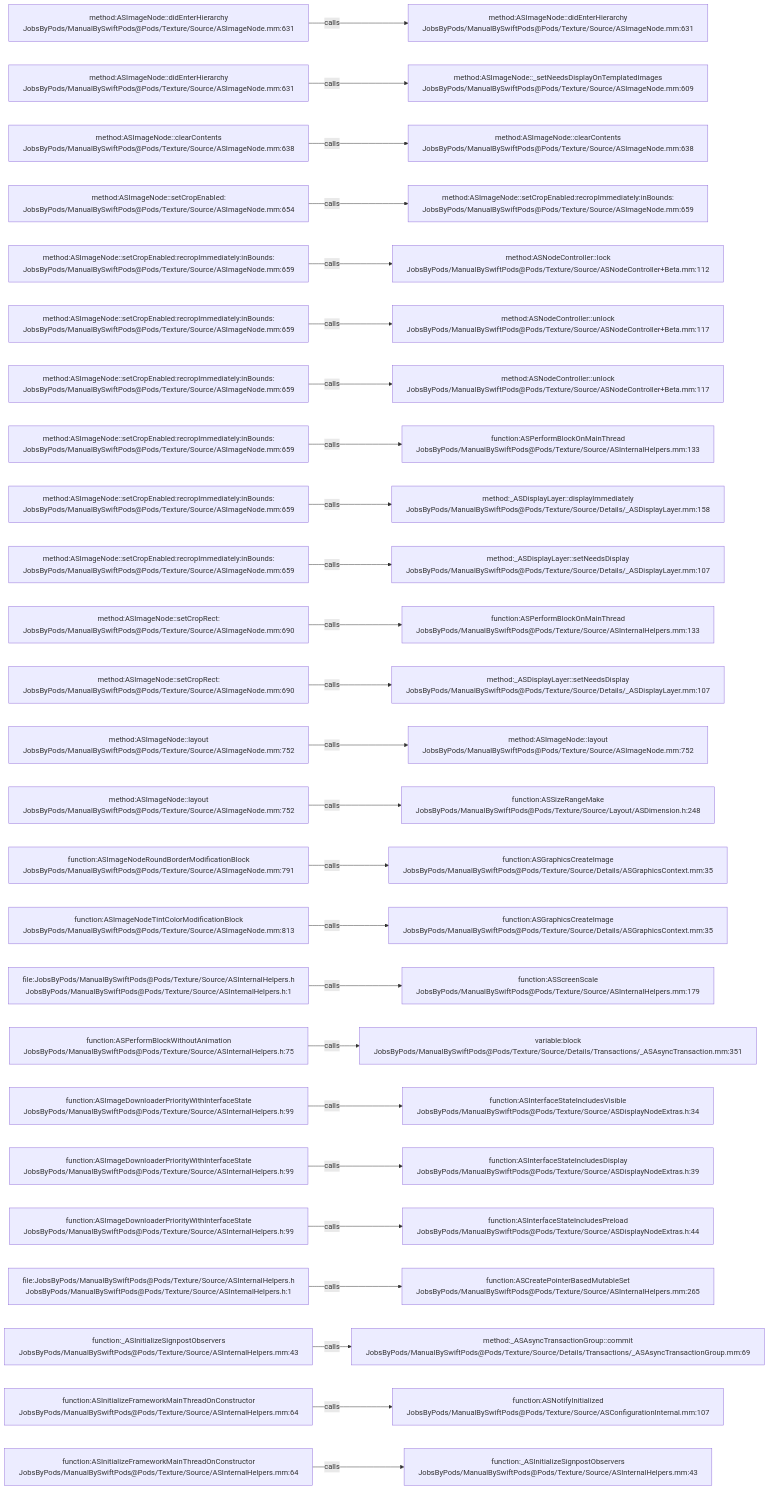
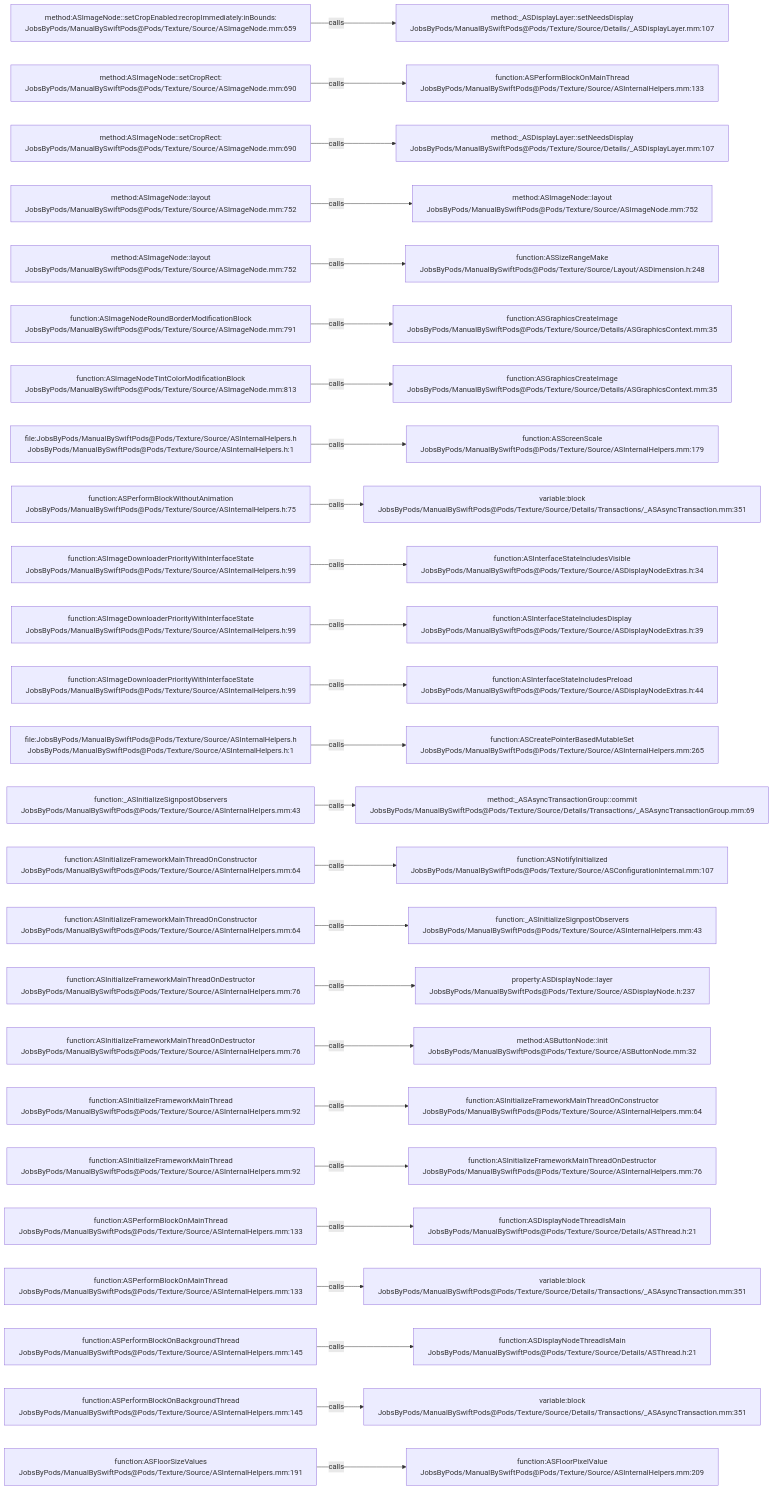
One commit to JobsKits/JobsSwiftBaseConfigDemo changed the diagram in .codegraph/codegraph.md/graphs/calls-043.md. Above: the diagram before and after it, drawn with Mermaid. The commit also changed 707 other files, not shown here.

````diff
--- a/.codegraph/codegraph.md/graphs/calls-043.md
+++ b/.codegraph/codegraph.md/graphs/calls-043.md
@@ -13,78 +13,78 @@
 ```mermaid
 flowchart LR
-  S1["method:ASImageNode::didEnterHierarchy<br/>JobsByPods/ManualBySwiftPods@Pods/Texture/Source/ASImageNode.mm:631"]
-  T1["method:ASImageNode::didEnterHierarchy<br/>JobsByPods/ManualBySwiftPods@Pods/Texture/Source/ASImageNode.mm:631"]
+  S1["method:ASImageNode::setCropEnabled:recropImmediately:inBounds:<br/>JobsByPods/ManualBySwiftPods@Pods/Texture/Source/ASImageNode.mm:659"]
+  T1["method:_ASDisplayLayer::setNeedsDisplay<br/>JobsByPods/ManualBySwiftPods@Pods/Texture/Source/Details/_ASDisplayLayer.mm:107"]
   S1 -->|calls| T1
-  S2["method:ASImageNode::didEnterHierarchy<br/>JobsByPods/ManualBySwiftPods@Pods/Texture/Source/ASImageNode.mm:631"]
-  T2["method:ASImageNode::_setNeedsDisplayOnTemplatedImages<br/>JobsByPods/ManualBySwiftPods@Pods/Texture/Source/ASImageNode.mm:609"]
+  S2["method:ASImageNode::setCropRect:<br/>JobsByPods/ManualBySwiftPods@Pods/Texture/Source/ASImageNode.mm:690"]
+  T2["function:ASPerformBlockOnMainThread<br/>JobsByPods/ManualBySwiftPods@Pods/Texture/Source/ASInternalHelpers.mm:133"]
   S2 -->|calls| T2
-  S3["method:ASImageNode::clearContents<br/>JobsByPods/ManualBySwiftPods@Pods/Texture/Source/ASImageNode.mm:638"]
-  T3["method:ASImageNode::clearContents<br/>JobsByPods/ManualBySwiftPods@Pods/Texture/Source/ASImageNode.mm:638"]
+  S3["method:ASImageNode::setCropRect:<br/>JobsByPods/ManualBySwiftPods@Pods/Texture/Source/ASImageNode.mm:690"]
+  T3["method:_ASDisplayLayer::setNeedsDisplay<br/>JobsByPods/ManualBySwiftPods@Pods/Texture/Source/Details/_ASDisplayLayer.mm:107"]
   S3 -->|calls| T3
-  S4["method:ASImageNode::setCropEnabled:<br/>JobsByPods/ManualBySwiftPods@Pods/Texture/Source/ASImageNode.mm:654"]
-  T4["method:ASImageNode::setCropEnabled:recropImmediately:inBounds:<br/>JobsByPods/ManualBySwiftPods@Pods/Texture/Source/ASImageNode.mm:659"]
+  S4["method:ASImageNode::layout<br/>JobsByPods/ManualBySwiftPods@Pods/Texture/Source/ASImageNode.mm:752"]
+  T4["method:ASImageNode::layout<br/>JobsByPods/ManualBySwiftPods@Pods/Texture/Source/ASImageNode.mm:752"]
   S4 -->|calls| T4
-  S5["method:ASImageNode::setCropEnabled:recropImmediately:inBounds:<br/>JobsByPods/ManualBySwiftPods@Pods/Texture/Source/ASImageNode.mm:659"]
-  T5["method:ASNodeController::lock<br/>JobsByPods/ManualBySwiftPods@Pods/Texture/Source/ASNodeController+Beta.mm:112"]
+  S5["method:ASImageNode::layout<br/>JobsByPods/ManualBySwiftPods@Pods/Texture/Source/ASImageNode.mm:752"]
+  T5["function:ASSizeRangeMake<br/>JobsByPods/ManualBySwiftPods@Pods/Texture/Source/Layout/ASDimension.h:248"]
   S5 -->|calls| T5
-  S6["method:ASImageNode::setCropEnabled:recropImmediately:inBounds:<br/>JobsByPods/ManualBySwiftPods@Pods/Texture/Source/ASImageNode.mm:659"]
-  T6["method:ASNodeController::unlock<br/>JobsByPods/ManualBySwiftPods@Pods/Texture/Source/ASNodeController+Beta.mm:117"]
+  S6["function:ASImageNodeRoundBorderModificationBlock<br/>JobsByPods/ManualBySwiftPods@Pods/Texture/Source/ASImageNode.mm:791"]
+  T6["function:ASGraphicsCreateImage<br/>JobsByPods/ManualBySwiftPods@Pods/Texture/Source/Details/ASGraphicsContext.mm:35"]
   S6 -->|calls| T6
-  S7["method:ASImageNode::setCropEnabled:recropImmediately:inBounds:<br/>JobsByPods/ManualBySwiftPods@Pods/Texture/Source/ASImageNode.mm:659"]
-  T7["method:ASNodeController::unlock<br/>JobsByPods/ManualBySwiftPods@Pods/Texture/Source/ASNodeController+Beta.mm:117"]
+  S7["function:ASImageNodeTintColorModificationBlock<br/>JobsByPods/ManualBySwiftPods@Pods/Texture/Source/ASImageNode.mm:813"]
+  T7["function:ASGraphicsCreateImage<br/>JobsByPods/ManualBySwiftPods@Pods/Texture/Source/Details/ASGraphicsContext.mm:35"]
   S7 -->|calls| T7
-  S8["method:ASImageNode::setCropEnabled:recropImmediately:inBounds:<br/>JobsByPods/ManualBySwiftPods@Pods/Texture/Source/ASImageNode.mm:659"]
-  T8["function:ASPerformBlockOnMainThread<br/>JobsByPods/ManualBySwiftPods@Pods/Texture/Source/ASInternalHelpers.mm:133"]
+  S8["file:JobsByPods/ManualBySwiftPods@Pods/Texture/Source/ASInternalHelpers.h<br/>JobsByPods/ManualBySwiftPods@Pods/Texture/Source/ASInternalHelpers.h:1"]
+  T8["function:ASScreenScale<br/>JobsByPods/ManualBySwiftPods@Pods/Texture/Source/ASInternalHelpers.mm:179"]
   S8 -->|calls| T8
-  S9["method:ASImageNode::setCropEnabled:recropImmediately:inBounds:<br/>JobsByPods/ManualBySwiftPods@Pods/Texture/Source/ASImageNode.mm:659"]
-  T9["method:_ASDisplayLayer::displayImmediately<br/>JobsByPods/ManualBySwiftPods@Pods/Texture/Source/Details/_ASDisplayLayer.mm:158"]
+  S9["function:ASPerformBlockWithoutAnimation<br/>JobsByPods/ManualBySwiftPods@Pods/Texture/Source/ASInternalHelpers.h:75"]
+  T9["variable:block<br/>JobsByPods/ManualBySwiftPods@Pods/Texture/Source/Details/Transactions/_ASAsyncTransaction.mm:351"]
   S9 -->|calls| T9
-  S10["method:ASImageNode::setCropEnabled:recropImmediately:inBounds:<br/>JobsByPods/ManualBySwiftPods@Pods/Texture/Source/ASImageNode.mm:659"]
-  T10["method:_ASDisplayLayer::setNeedsDisplay<br/>JobsByPods/ManualBySwiftPods@Pods/Texture/Source/Details/_ASDisplayLayer.mm:107"]
+  S10["function:ASImageDownloaderPriorityWithInterfaceState<br/>JobsByPods/ManualBySwiftPods@Pods/Texture/Source/ASInternalHelpers.h:99"]
+  T10["function:ASInterfaceStateIncludesVisible<br/>JobsByPods/ManualBySwiftPods@Pods/Texture/Source/ASDisplayNodeExtras.h:34"]
   S10 -->|calls| T10
-  S11["method:ASImageNode::setCropRect:<br/>JobsByPods/ManualBySwiftPods@Pods/Texture/Source/ASImageNode.mm:690"]
-  T11["function:ASPerformBlockOnMainThread<br/>JobsByPods/ManualBySwiftPods@Pods/Texture/Source/ASInternalHelpers.mm:133"]
+  S11["function:ASImageDownloaderPriorityWithInterfaceState<br/>JobsByPods/ManualBySwiftPods@Pods/Texture/Source/ASInternalHelpers.h:99"]
+  T11["function:ASInterfaceStateIncludesDisplay<br/>JobsByPods/ManualBySwiftPods@Pods/Texture/Source/ASDisplayNodeExtras.h:39"]
   S11 -->|calls| T11
-  S12["method:ASImageNode::setCropRect:<br/>JobsByPods/ManualBySwiftPods@Pods/Texture/Source/ASImageNode.mm:690"]
-  T12["method:_ASDisplayLayer::setNeedsDisplay<br/>JobsByPods/ManualBySwiftPods@Pods/Texture/Source/Details/_ASDisplayLayer.mm:107"]
+  S12["function:ASImageDownloaderPriorityWithInterfaceState<br/>JobsByPods/ManualBySwiftPods@Pods/Texture/Source/ASInternalHelpers.h:99"]
+  T12["function:ASInterfaceStateIncludesPreload<br/>JobsByPods/ManualBySwiftPods@Pods/Texture/Source/ASDisplayNodeExtras.h:44"]
   S12 -->|calls| T12
-  S13["method:ASImageNode::layout<br/>JobsByPods/ManualBySwiftPods@Pods/Texture/Source/ASImageNode.mm:752"]
-  T13["method:ASImageNode::layout<br/>JobsByPods/ManualBySwiftPods@Pods/Texture/Source/ASImageNode.mm:752"]
+  S13["file:JobsByPods/ManualBySwiftPods@Pods/Texture/Source/ASInternalHelpers.h<br/>JobsByPods/ManualBySwiftPods@Pods/Texture/Source/ASInternalHelpers.h:1"]
+  T13["function:ASCreatePointerBasedMutableSet<br/>JobsByPods/ManualBySwiftPods@Pods/Texture/Source/ASInternalHelpers.mm:265"]
   S13 -->|calls| T13
-  S14["method:ASImageNode::layout<br/>JobsByPods/ManualBySwiftPods@Pods/Texture/Source/ASImageNode.mm:752"]
-  T14["function:ASSizeRangeMake<br/>JobsByPods/ManualBySwiftPods@Pods/Texture/Source/Layout/ASDimension.h:248"]
+  S14["function:_ASInitializeSignpostObservers<br/>JobsByPods/ManualBySwiftPods@Pods/Texture/Source/ASInternalHelpers.mm:43"]
+  T14["method:_ASAsyncTransactionGroup::commit<br/>JobsByPods/ManualBySwiftPods@Pods/Texture/Source/Details/Transactions/_ASAsyncTransactionGroup.mm:69"]
   S14 -->|calls| T14
-  S15["function:ASImageNodeRoundBorderModificationBlock<br/>JobsByPods/ManualBySwiftPods@Pods/Texture/Source/ASImageNode.mm:791"]
-  T15["function:ASGraphicsCreateImage<br/>JobsByPods/ManualBySwiftPods@Pods/Texture/Source/Details/ASGraphicsContext.mm:35"]
+  S15["function:ASInitializeFrameworkMainThreadOnConstructor<br/>JobsByPods/ManualBySwiftPods@Pods/Texture/Source/ASInternalHelpers.mm:64"]
+  T15["function:ASNotifyInitialized<br/>JobsByPods/ManualBySwiftPods@Pods/Texture/Source/ASConfigurationInternal.mm:107"]
   S15 -->|calls| T15
-  S16["function:ASImageNodeTintColorModificationBlock<br/>JobsByPods/ManualBySwiftPods@Pods/Texture/Source/ASImageNode.mm:813"]
-  T16["function:ASGraphicsCreateImage<br/>JobsByPods/ManualBySwiftPods@Pods/Texture/Source/Details/ASGraphicsContext.mm:35"]
+  S16["function:ASInitializeFrameworkMainThreadOnConstructor<br/>JobsByPods/ManualBySwiftPods@Pods/Texture/Source/ASInternalHelpers.mm:64"]
+  T16["function:_ASInitializeSignpostObservers<br/>JobsByPods/ManualBySwiftPods@Pods/Texture/Source/ASInternalHelpers.mm:43"]
   S16 -->|calls| T16
-  S17["file:JobsByPods/ManualBySwiftPods@Pods/Texture/Source/ASInternalHelpers.h<br/>JobsByPods/ManualBySwiftPods@Pods/Texture/Source/ASInternalHelpers.h:1"]
-  T17["function:ASScreenScale<br/>JobsByPods/ManualBySwiftPods@Pods/Texture/Source/ASInternalHelpers.mm:179"]
+  S17["function:ASInitializeFrameworkMainThreadOnDestructor<br/>JobsByPods/ManualBySwiftPods@Pods/Texture/Source/ASInternalHelpers.mm:76"]
+  T17["property:ASDisplayNode::layer<br/>JobsByPods/ManualBySwiftPods@Pods/Texture/Source/ASDisplayNode.h:237"]
   S17 -->|calls| T17
-  S18["function:ASPerformBlockWithoutAnimation<br/>JobsByPods/ManualBySwiftPods@Pods/Texture/Source/ASInternalHelpers.h:75"]
-  T18["variable:block<br/>JobsByPods/ManualBySwiftPods@Pods/Texture/Source/Details/Transactions/_ASAsyncTransaction.mm:351"]
+  S18["function:ASInitializeFrameworkMainThreadOnDestructor<br/>JobsByPods/ManualBySwiftPods@Pods/Texture/Source/ASInternalHelpers.mm:76"]
+  T18["method:ASButtonNode::init<br/>JobsByPods/ManualBySwiftPods@Pods/Texture/Source/ASButtonNode.mm:32"]
   S18 -->|calls| T18
-  S19["function:ASImageDownloaderPriorityWithInterfaceState<br/>JobsByPods/ManualBySwiftPods@Pods/Texture/Source/ASInternalHelpers.h:99"]
-  T19["function:ASInterfaceStateIncludesVisible<br/>JobsByPods/ManualBySwiftPods@Pods/Texture/Source/ASDisplayNodeExtras.h:34"]
+  S19["function:ASInitializeFrameworkMainThread<br/>JobsByPods/ManualBySwiftPods@Pods/Texture/Source/ASInternalHelpers.mm:92"]
+  T19["function:ASInitializeFrameworkMainThreadOnConstructor<br/>JobsByPods/ManualBySwiftPods@Pods/Texture/Source/ASInternalHelpers.mm:64"]
   S19 -->|calls| T19
-  S20["function:ASImageDownloaderPriorityWithInterfaceState<br/>JobsByPods/ManualBySwiftPods@Pods/Texture/Source/ASInternalHelpers.h:99"]
-  T20["function:ASInterfaceStateIncludesDisplay<br/>JobsByPods/ManualBySwiftPods@Pods/Texture/Source/ASDisplayNodeExtras.h:39"]
+  S20["function:ASInitializeFrameworkMainThread<br/>JobsByPods/ManualBySwiftPods@Pods/Texture/Source/ASInternalHelpers.mm:92"]
+  T20["function:ASInitializeFrameworkMainThreadOnDestructor<br/>JobsByPods/ManualBySwiftPods@Pods/Texture/Source/ASInternalHelpers.mm:76"]
   S20 -->|calls| T20
-  S21["function:ASImageDownloaderPriorityWithInterfaceState<br/>JobsByPods/ManualBySwiftPods@Pods/Texture/Source/ASInternalHelpers.h:99"]
-  T21["function:ASInterfaceStateIncludesPreload<br/>JobsByPods/ManualBySwiftPods@Pods/Texture/Source/ASDisplayNodeExtras.h:44"]
+  S21["function:ASPerformBlockOnMainThread<br/>JobsByPods/ManualBySwiftPods@Pods/Texture/Source/ASInternalHelpers.mm:133"]
+  T21["function:ASDisplayNodeThreadIsMain<br/>JobsByPods/ManualBySwiftPods@Pods/Texture/Source/Details/ASThread.h:21"]
   S21 -->|calls| T21
-  S22["file:JobsByPods/ManualBySwiftPods@Pods/Texture/Source/ASInternalHelpers.h<br/>JobsByPods/ManualBySwiftPods@Pods/Texture/Source/ASInternalHelpers.h:1"]
-  T22["function:ASCreatePointerBasedMutableSet<br/>JobsByPods/ManualBySwiftPods@Pods/Texture/Source/ASInternalHelpers.mm:265"]
+  S22["function:ASPerformBlockOnMainThread<br/>JobsByPods/ManualBySwiftPods@Pods/Texture/Source/ASInternalHelpers.mm:133"]
+  T22["variable:block<br/>JobsByPods/ManualBySwiftPods@Pods/Texture/Source/Details/Transactions/_ASAsyncTransaction.mm:351"]
   S22 -->|calls| T22
-  S23["function:_ASInitializeSignpostObservers<br/>JobsByPods/ManualBySwiftPods@Pods/Texture/Source/ASInternalHelpers.mm:43"]
-  T23["method:_ASAsyncTransactionGroup::commit<br/>JobsByPods/ManualBySwiftPods@Pods/Texture/Source/Details/Transactions/_ASAsyncTransactionGroup.mm:69"]
+  S23["function:ASPerformBlockOnBackgroundThread<br/>JobsByPods/ManualBySwiftPods@Pods/Texture/Source/ASInternalHelpers.mm:145"]
+  T23["function:ASDisplayNodeThreadIsMain<br/>JobsByPods/ManualBySwiftPods@Pods/Texture/Source/Details/ASThread.h:21"]
   S23 -->|calls| T23
-  S24["function:ASInitializeFrameworkMainThreadOnConstructor<br/>JobsByPods/ManualBySwiftPods@Pods/Texture/Source/ASInternalHelpers.mm:64"]
-  T24["function:ASNotifyInitialized<br/>JobsByPods/ManualBySwiftPods@Pods/Texture/Source/ASConfigurationInternal.mm:107"]
+  S24["function:ASPerformBlockOnBackgroundThread<br/>JobsByPods/ManualBySwiftPods@Pods/Texture/Source/ASInternalHelpers.mm:145"]
+  T24["variable:block<br/>JobsByPods/ManualBySwiftPods@Pods/Texture/Source/Details/Transactions/_ASAsyncTransaction.mm:351"]
   S24 -->|calls| T24
-  S25["function:ASInitializeFrameworkMainThreadOnConstructor<br/>JobsByPods/ManualBySwiftPods@Pods/Texture/Source/ASInternalHelpers.mm:64"]
-  T25["function:_ASInitializeSignpostObservers<br/>JobsByPods/ManualBySwiftPods@Pods/Texture/Source/ASInternalHelpers.mm:43"]
+  S25["function:ASFloorSizeValues<br/>JobsByPods/ManualBySwiftPods@Pods/Texture/Source/ASInternalHelpers.mm:191"]
+  T25["function:ASFloorPixelValue<br/>JobsByPods/ManualBySwiftPods@Pods/Texture/Source/ASInternalHelpers.mm:209"]
   S25 -->|calls| T25
 ```
````
